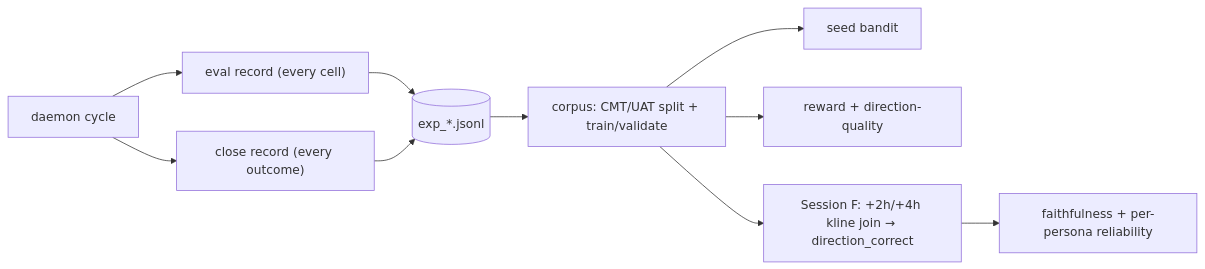
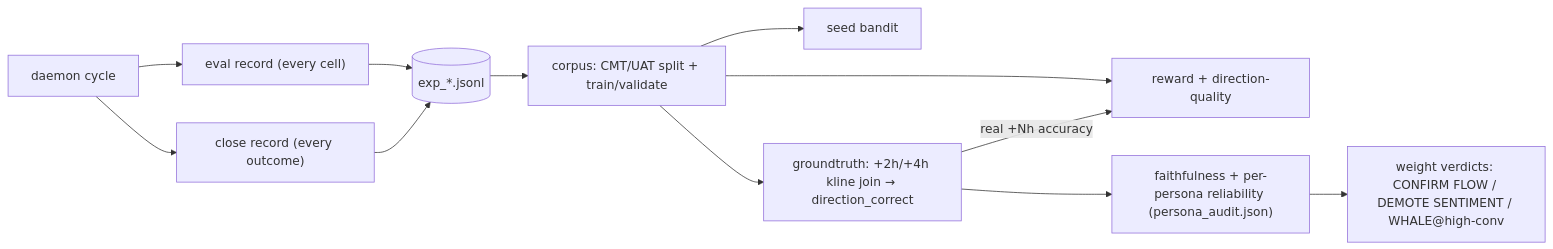
The sixth of 11 diagrams in docs/ARCHITECTURE.md (JannetEkka/smt-mantle), drawn with Mermaid before and after one commit. The commit also changed other lines of this file and 18 other files, not shown here.

````diff
--- a/docs/ARCHITECTURE.md
+++ b/docs/ARCHITECTURE.md
@@ -147,12 +152,14 @@
 ```mermaid
 flowchart LR
   CY["daemon cycle"] --> EV["eval record (every cell)"]
   CY --> CL["close record (every outcome)"]
   EV --> JF[("exp_*.jsonl")]
   CL --> JF
   JF --> SPL["corpus: CMT/UAT split + train/validate"]
   SPL --> SEED["seed bandit"]
   SPL --> REW["reward + direction-quality"]
-  SPL --> GT["Session F: +2h/+4h kline join → direction_correct"]
-  GT --> FF["faithfulness + per-persona reliability"]
+  SPL --> GT["groundtruth: +2h/+4h kline join → direction_correct"]
+  GT -->|real +Nh accuracy| REW
+  GT --> FF["faithfulness + per-persona reliability (persona_audit.json)"]
+  FF --> WV["weight verdicts: CONFIRM FLOW / DEMOTE SENTIMENT / WHALE@high-conv"]
 ```
````
